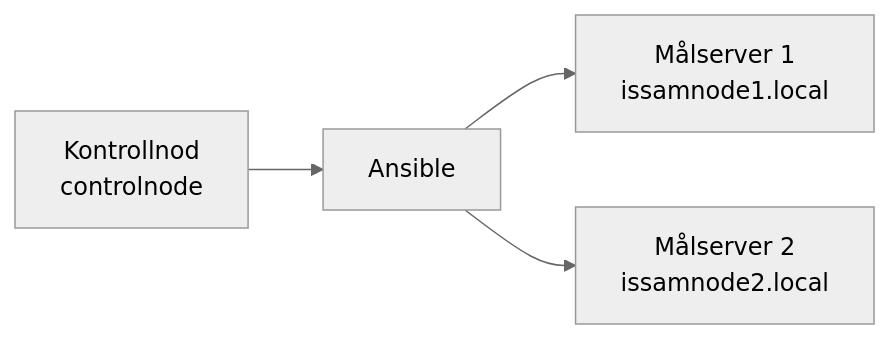
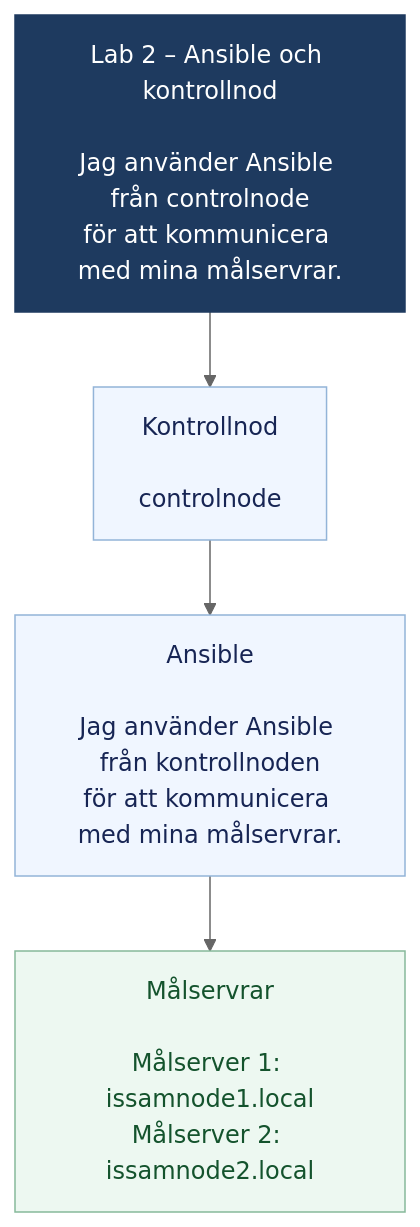
The diagram in labb-2/rapport-labb2.md (issamhariri-code/configuration-management), drawn with Mermaid (neutral theme) before and after one commit.

Commit message:
korrigering

````diff
--- a/labb-2/rapport-labb2.md
+++ b/labb-2/rapport-labb2.md
@@ -26,6 +26,19 @@
 ```mermaid
-flowchart LR
-    A[Kontrollnod<br/>controlnode] --> B[Ansible]
-    B --> C[Målserver 1<br/>issamnode1.local]
-    B --> D[Målserver 2<br/>issamnode2.local]
+flowchart TB
+    A["Lab 2 – Ansible och kontrollnod<br/><br/>Jag använder Ansible från controlnode<br/>för att kommunicera med mina målservrar."]
+
+    B["Kontrollnod<br/><br/>controlnode"]
+
+    C["Ansible<br/><br/>Jag använder Ansible från kontrollnoden<br/>för att kommunicera med mina målservrar."]
+
+    D["Målservrar<br/><br/>Målserver 1: issamnode1.local<br/>Målserver 2: issamnode2.local"]
+
+    A --> B --> C --> D
+
+    classDef title fill:#1e3a5f,color:#ffffff,stroke:#1e3a5f
+    classDef step fill:#f0f6ff,color:#172554,stroke:#93b4d8
+    classDef result fill:#edf8f1,color:#14532d,stroke:#86b99a
+    class A title
+    class B,C step
+    class D result
 ```
````
